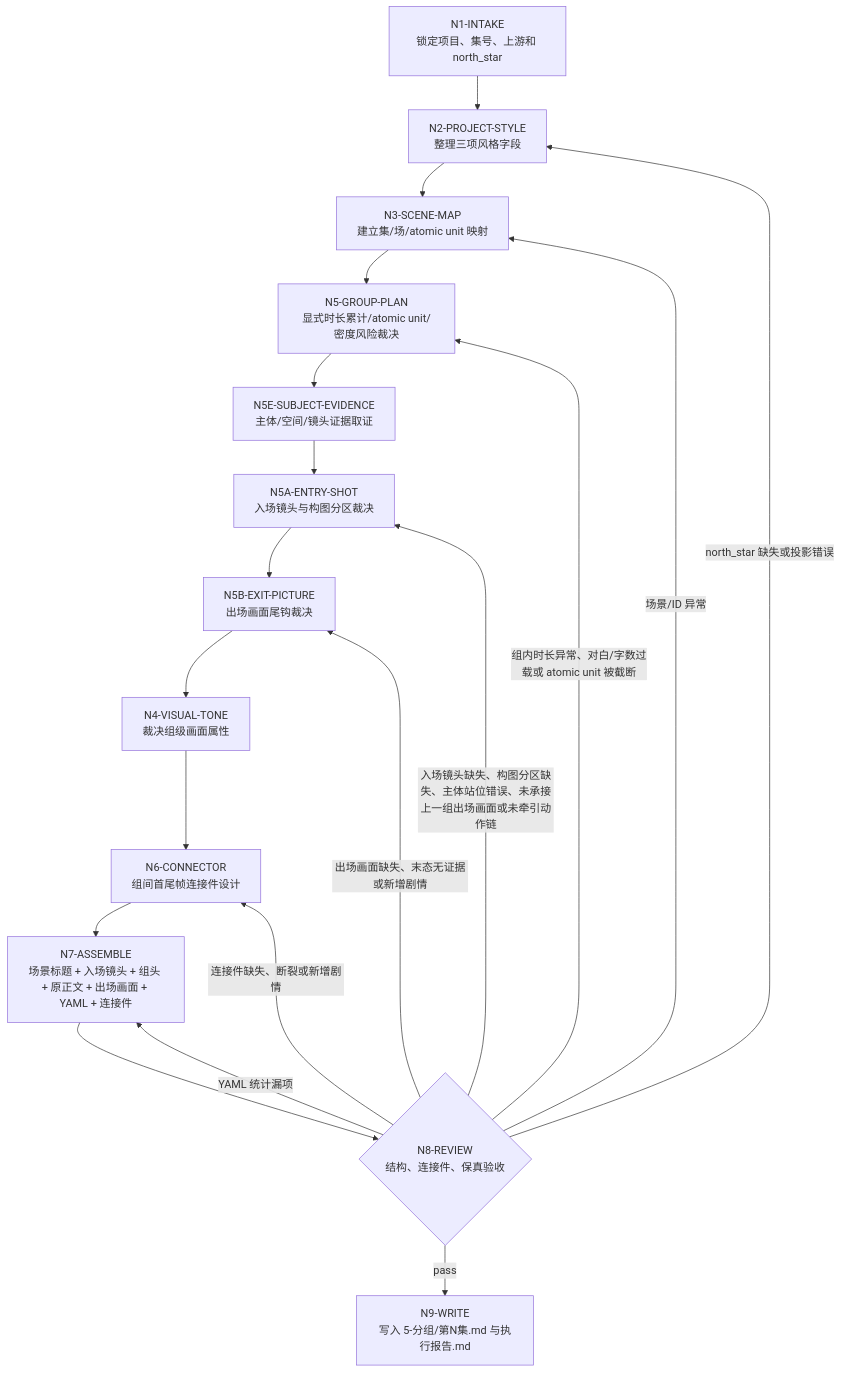
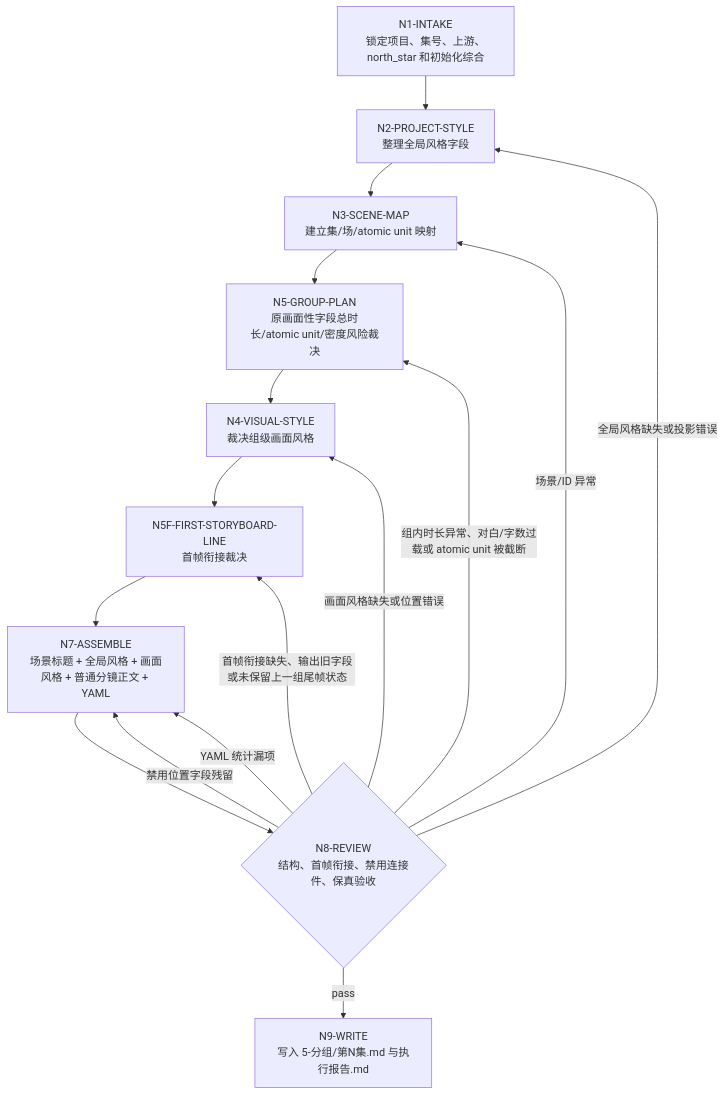
One commit to ZEN-VOID/AI-CUT changed the diagram in .agents/skills/aigc/5-分组/steps/grouping-workflow.md. Above: the diagram before and after it, drawn with Mermaid. The commit also changed other lines of this file and 240 other files, not shown here.

````diff
--- a/.agents/skills/aigc/5-分组/steps/grouping-workflow.md
+++ b/.agents/skills/aigc/5-分组/steps/grouping-workflow.md
@@ -19,21 +19,18 @@
 ```mermaid
 flowchart TD
-    N1["N1-INTAKE<br/>锁定项目、集号、上游和 north_star"] --> N2["N2-PROJECT-STYLE<br/>整理三项风格字段"]
+    N1["N1-INTAKE<br/>锁定项目、集号、上游、north_star 和初始化综合"] --> N2["N2-PROJECT-STYLE<br/>整理全局风格字段"]
     N2 --> N3["N3-SCENE-MAP<br/>建立集/场/atomic unit 映射"]
-    N3 --> N5["N5-GROUP-PLAN<br/>显式时长累计/atomic unit/密度风险裁决"]
-    N5 --> N5E["N5E-SUBJECT-EVIDENCE<br/>主体/空间/镜头证据取证"]
-    N5E --> N5A["N5A-ENTRY-SHOT<br/>入场镜头与构图分区裁决"]
-    N5A --> N5B["N5B-EXIT-PICTURE<br/>出场画面尾钩裁决"]
-    N5B --> N4["N4-VISUAL-TONE<br/>裁决组级画面属性"]
-    N4 --> N6["N6-CONNECTOR<br/>组间首尾帧连接件设计"]
-    N6 --> N7["N7-ASSEMBLE<br/>场景标题 + 入场镜头 + 组头 + 原正文 + 出场画面 + YAML + 连接件"]
-    N7 --> N8{"N8-REVIEW<br/>结构、连接件、保真验收"}
+    N3 --> N5["N5-GROUP-PLAN<br/>原画面性字段总时长/atomic unit/密度风险裁决"]
+    N5 --> N4["N4-VISUAL-STYLE<br/>裁决组级画面风格"]
+    N4 --> N5F["N5F-FIRST-STORYBOARD-LINE<br/>首帧衔接裁决"]
+    N5F --> N7["N7-ASSEMBLE<br/>场景标题 + 全局风格 + 画面风格 + 普通分镜正文 + YAML"]
+    N7 --> N8{"N8-REVIEW<br/>结构、首帧衔接、禁用连接件、保真验收"}
     N8 -->|"pass"| N9["N9-WRITE<br/>写入 5-分组/第N集.md 与执行报告.md"]
-    N8 -->|"north_star 缺失或投影错误"| N2
+    N8 -->|"全局风格缺失或投影错误"| N2
     N8 -->|"场景/ID 异常"| N3
     N8 -->|"组内时长异常、对白/字数过载或 atomic unit 被截断"| N5
-    N8 -->|"入场镜头缺失、构图分区缺失、主体站位错误、未承接上一组出场画面或未牵引动作链"| N5A
-    N8 -->|"出场画面缺失、末态无证据或新增剧情"| N5B
-    N8 -->|"连接件缺失、断裂或新增剧情"| N6
+    N8 -->|"画面风格缺失或位置错误"| N4
+    N8 -->|"禁用位置字段残留"| N7
+    N8 -->|"首帧衔接缺失、输出旧字段或未保留上一组尾帧状态"| N5F
     N8 -->|"YAML 统计漏项"| N7
 ```
````
